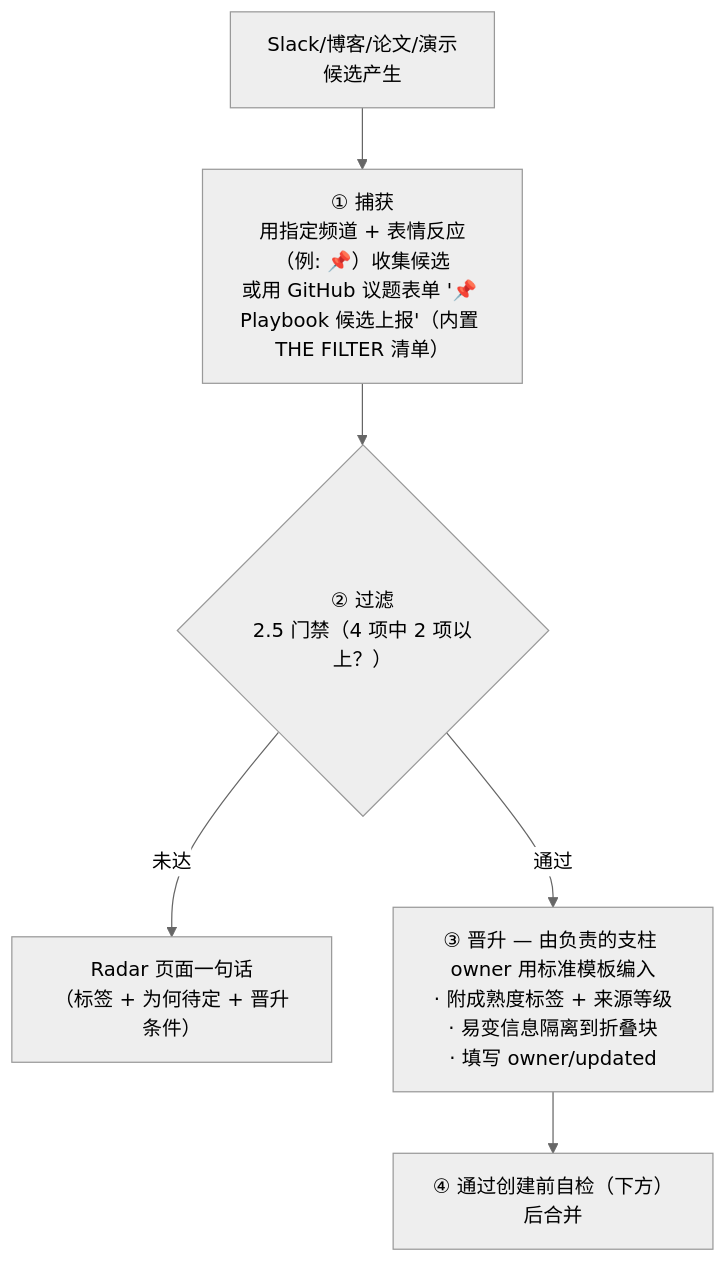
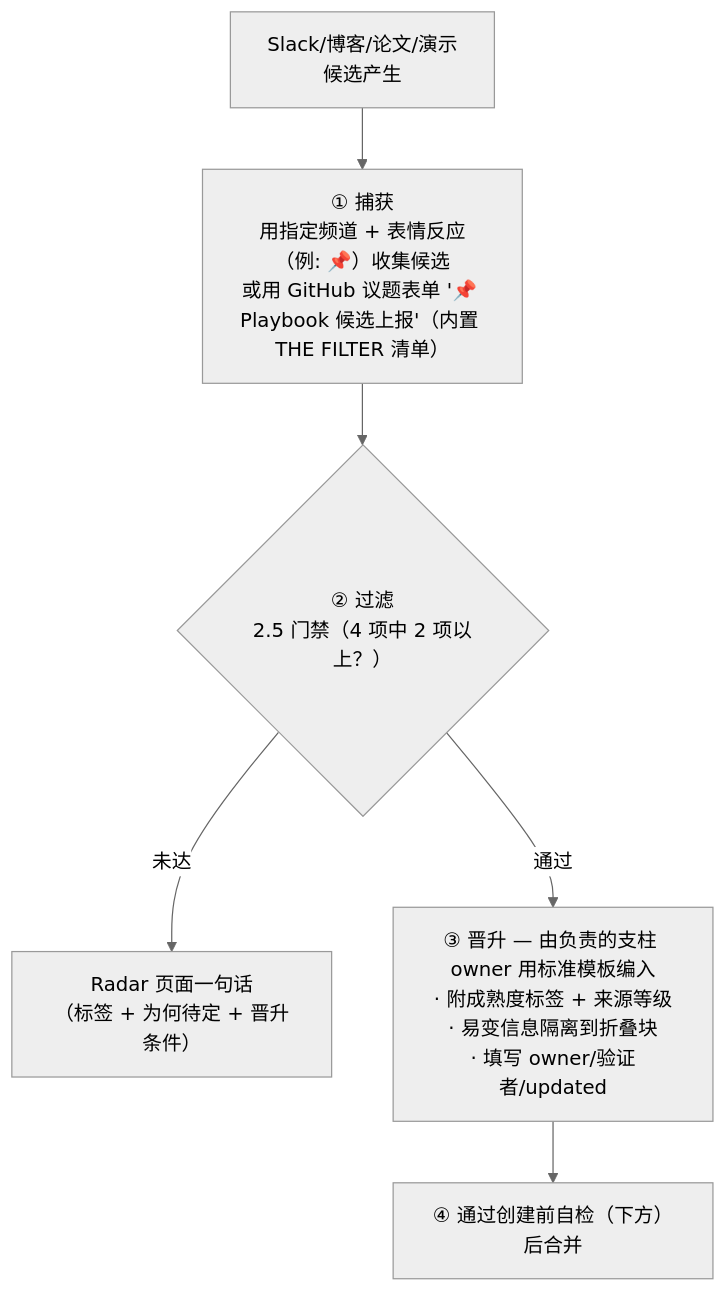
Before and after one commit to comeddy/pai-playbook: the diagram in docs/maintenance.zh.md, drawn with Mermaid (neutral theme). The commit also changed other lines of this file and 9 other files, not shown here.

````diff
--- a/docs/maintenance.zh.md
+++ b/docs/maintenance.zh.md
@@ -106,8 +107,8 @@
 ```mermaid
 graph TD
     S["Slack/博客/论文/演示<br>候选产生"] --> C["① 捕获<br>用指定频道 + 表情反应（例: 📌）收集候选<br>或用 GitHub 议题表单 '📌 Playbook 候选上报'（内置 THE FILTER 清单）"]
     C --> F{"② 过滤<br>2.5 门禁（4 项中 2 项以上？）"}
     F -- 未达 --> RD["Radar 页面一句话<br>（标签 + 为何待定 + 晋升条件）"]
-    F -- 通过 --> PR["③ 晋升 — 由负责的支柱 owner 用标准模板编入<br>· 附成熟度标签 + 来源等级<br>· 易变信息隔离到折叠块<br>· 填写 owner/updated"]
+    F -- 通过 --> PR["③ 晋升 — 由负责的支柱 owner 用标准模板编入<br>· 附成熟度标签 + 来源等级<br>· 易变信息隔离到折叠块<br>· 填写 owner/验证者/updated"]
     PR --> M["④ 通过创建前自检（下方）后合并"]
 ```
````
